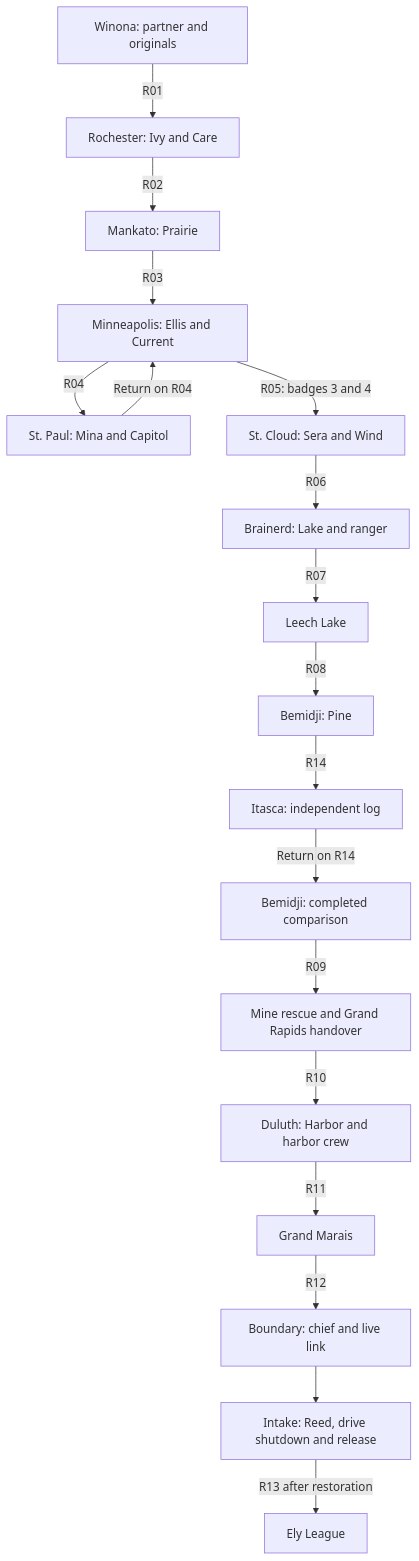
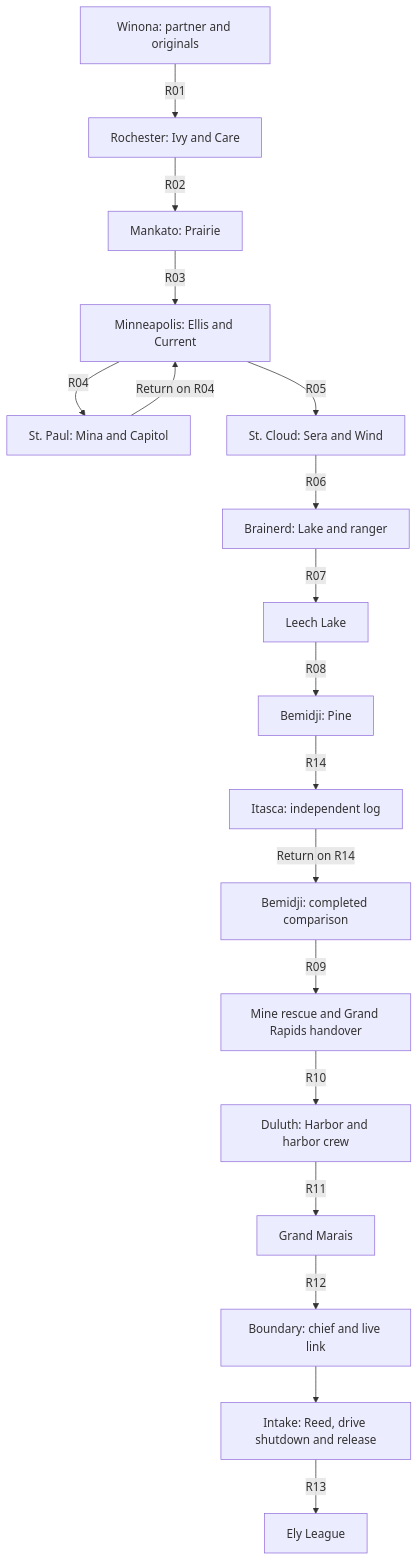
One commit to TheCulliganMan/geothite changed the diagram in planning/minnesota/PROGRESSION.md. Above: the diagram before and after it, drawn with Mermaid. The commit also changed other lines of this file and 20 other files, not shown here.

````diff
--- a/planning/minnesota/PROGRESSION.md
+++ b/planning/minnesota/PROGRESSION.md
@@ -17,20 +17,20 @@
 ```mermaid
 flowchart TD
  W[Winona: partner and originals] -->|R01| R[Rochester: Ivy and Care]
  R -->|R02| M[Mankato: Prairie]
  M -->|R03| MP[Minneapolis: Ellis and Current]
  MP -->|R04| SP[St. Paul: Mina and Capitol]
  SP -->|Return on R04| MP
- MP -->|R05: badges 3 and 4| SC[St. Cloud: Sera and Wind]
+ MP -->|R05| SC[St. Cloud: Sera and Wind]
  SC -->|R06| B[Brainerd: Lake and ranger]
  B -->|R07| LL[Leech Lake]
  LL -->|R08| BE[Bemidji: Pine]
  BE -->|R14| I[Itasca: independent log]
  I -->|Return on R14| BR[Bemidji: completed comparison]
  BR -->|R09| GR[Mine rescue and Grand Rapids handover]
  GR -->|R10| D[Duluth: Harbor and harbor crew]
  D -->|R11| GM[Grand Marais]
  GM -->|R12| BW[Boundary: chief and live link]
  BW --> IN[Intake: Reed, drive shutdown and release]
- IN -->|R13 after restoration| E[Ely League]
+ IN -->|R13| E[Ely League]
 ```
````
